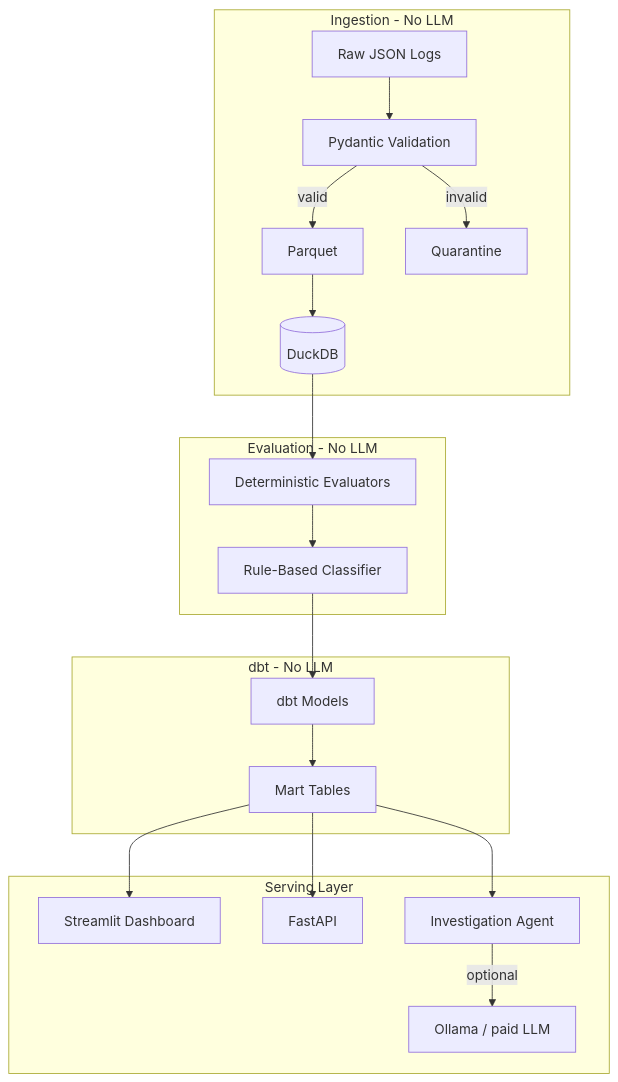
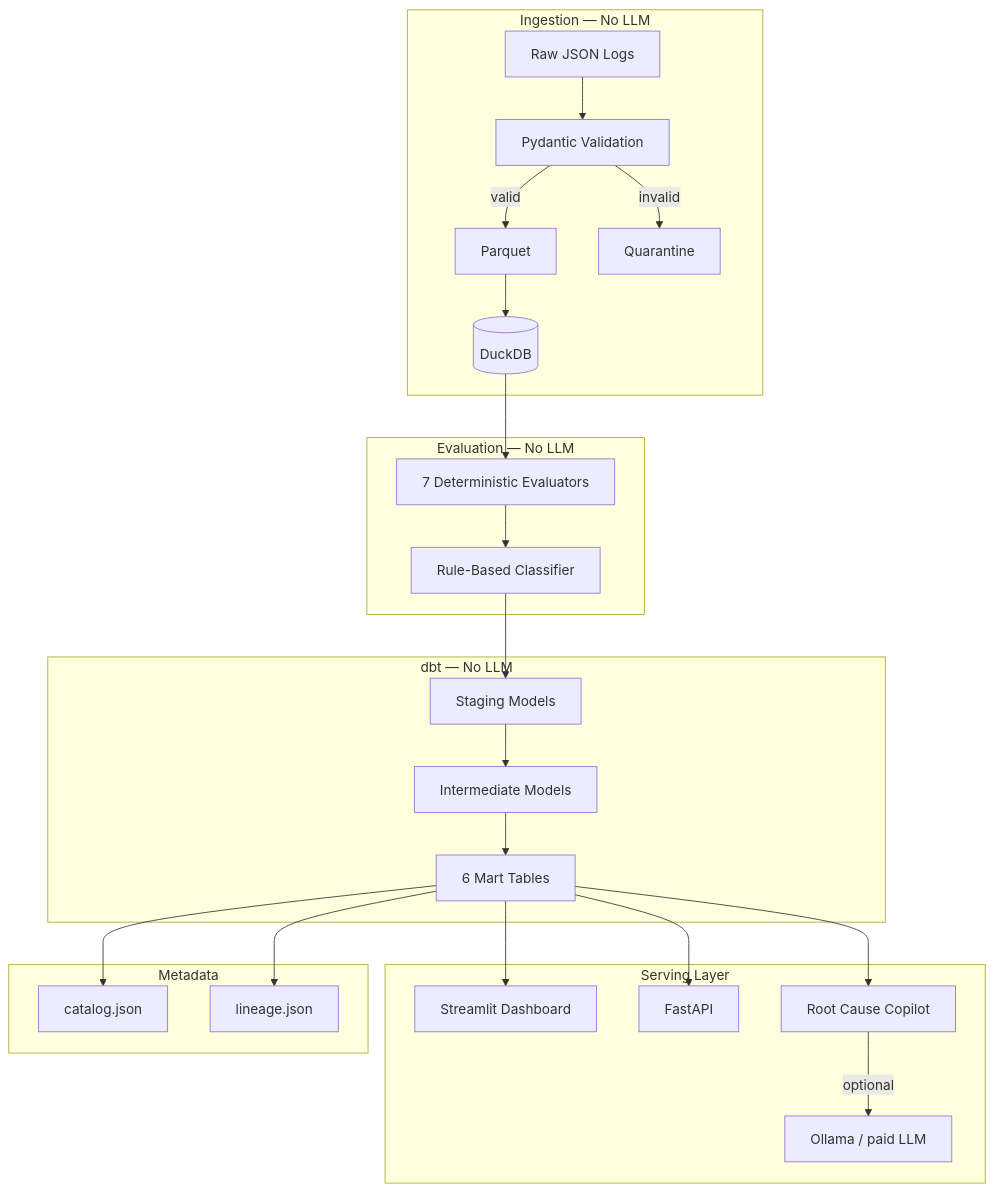
The first of 2 diagrams in README.md (DrashtiShah23/AgentLens), drawn with Mermaid before and after one commit. The commit also changed other lines of this file and 9 other files, not shown here.

````diff
--- a/README.md
+++ b/README.md
@@ -29,23 +43,28 @@
 ```mermaid
 flowchart TB
-    subgraph ingest [Ingestion - No LLM]
+    subgraph ingest [Ingestion — No LLM]
         JSON[Raw JSON Logs] --> PYD[Pydantic Validation]
         PYD -->|valid| PQ[Parquet]
         PYD -->|invalid| Q[Quarantine]
         PQ --> DUCK[(DuckDB)]
     end
-    subgraph eval [Evaluation - No LLM]
-        DUCK --> EV[Deterministic Evaluators]
+    subgraph eval [Evaluation — No LLM]
+        DUCK --> EV[7 Deterministic Evaluators]
         EV --> CLS[Rule-Based Classifier]
     end
-    subgraph transform [dbt - No LLM]
-        CLS --> DBT[dbt Models]
-        DBT --> MARTS[Mart Tables]
+    subgraph transform [dbt — No LLM]
+        CLS --> STG[Staging Models]
+        STG --> INT[Intermediate Models]
+        INT --> MARTS[6 Mart Tables]
     end
     subgraph serve [Serving Layer]
         MARTS --> ST[Streamlit Dashboard]
         MARTS --> API[FastAPI]
-        MARTS --> AGENT[Investigation Agent]
+        MARTS --> AGENT[Root Cause Copilot]
         AGENT -->|optional| LLM[Ollama / paid LLM]
     end
+    subgraph meta [Metadata]
+        MARTS --> CAT[catalog.json]
+        MARTS --> LIN[lineage.json]
+    end
 ```
````
